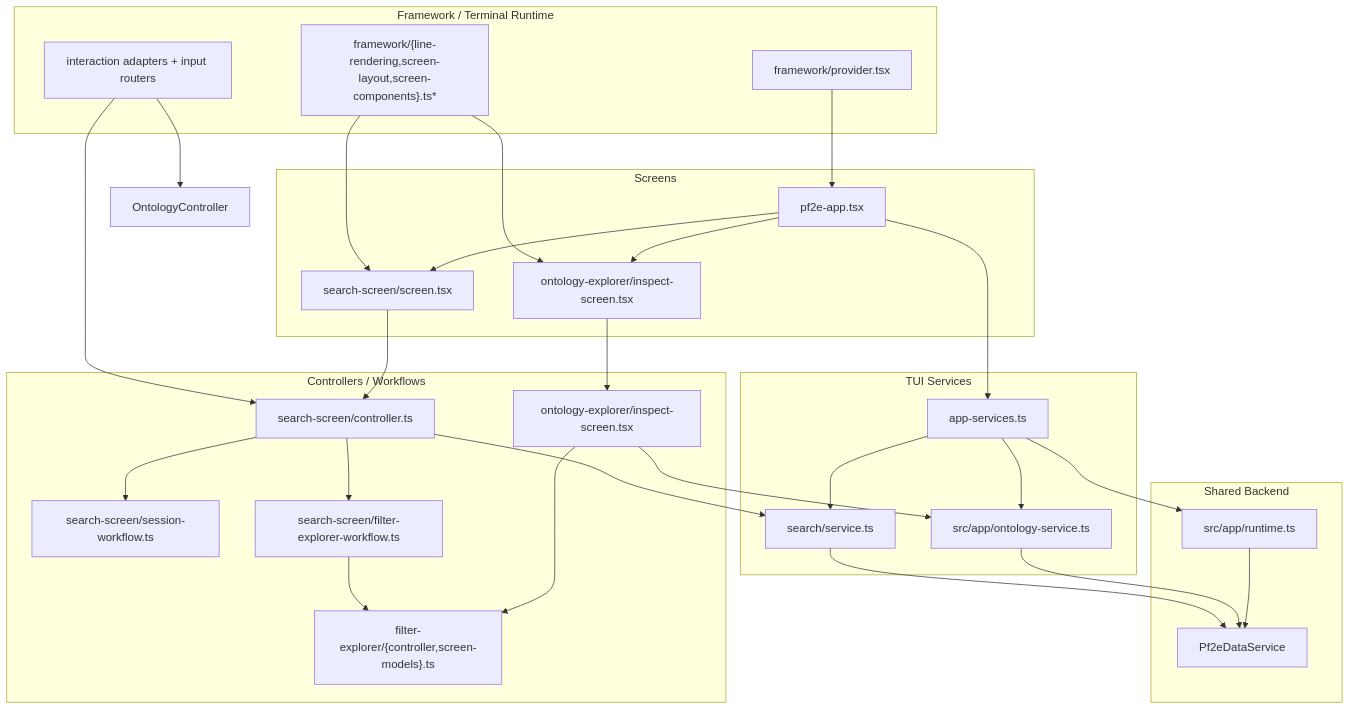
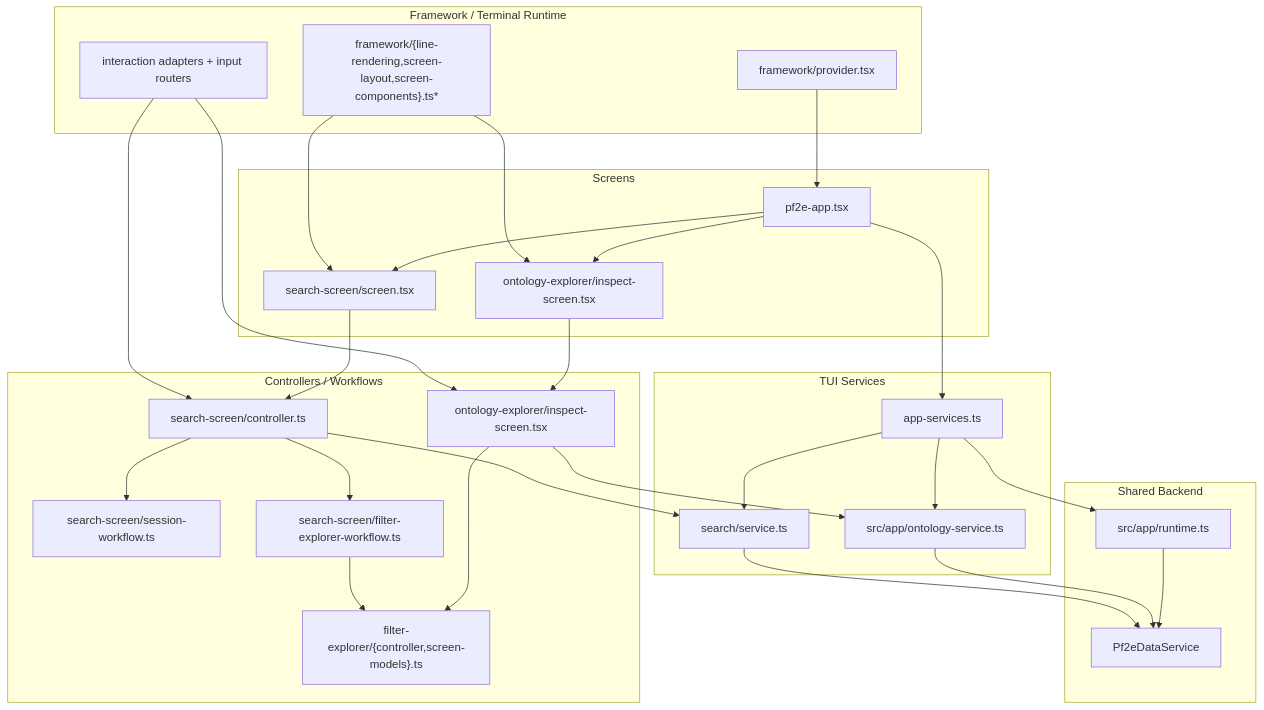
One commit to e-kosten/pf2e-atlas changed the sixth of 6 diagrams in docs/architecture/tui.md. Above: the diagram before and after it, drawn with Mermaid. The commit also changed other lines of this file, not shown here.

Commit message:
docs(architecture): fix TUI diagram rendering

````diff
--- a/docs/architecture/tui.md
+++ b/docs/architecture/tui.md
@@ -551,60 +551,60 @@
 ```mermaid
 flowchart TD
   subgraph Framework["Framework / Terminal Runtime"]
-    Provider["`framework/provider.tsx`"]
-    Rendering["`framework/{line-rendering,screen-layout,screen-components}.ts*`"]
+    Provider["framework/provider.tsx"]
+    Rendering["framework/{line-rendering,screen-layout,screen-components}.ts*"]
     Input["interaction adapters + input routers"]
   end
 
   subgraph Screens["Screens"]
-    App["`pf2e-app.tsx`"]
-    SearchScreen["`search-screen/screen.tsx`"]
-    OntologyScreen["`ontology-explorer/inspect-screen.tsx`"]
+    App["pf2e-app.tsx"]
+    SearchScreen["search-screen/screen.tsx"]
+    OntologyScreen["ontology-explorer/inspect-screen.tsx"]
   end
 
   subgraph Controllers["Controllers / Workflows"]
-    SearchController["`search-screen/controller.ts`"]
-    SearchWorkflow["`search-screen/session-workflow.ts`"]
-    FilterExplorerWorkflow["`search-screen/filter-explorer-workflow.ts`"]
-    FilterExplorer["`filter-explorer/{controller,screen-models}.ts`"]
-    OntologyHost["`ontology-explorer/inspect-screen.tsx`"]
+    SearchController["search-screen/controller.ts"]
+    SearchWorkflow["search-screen/session-workflow.ts"]
+    FilterExplorerWorkflow["search-screen/filter-explorer-workflow.ts"]
+    FilterExplorer["filter-explorer/{controller,screen-models}.ts"]
+    OntologyHost["ontology-explorer/inspect-screen.tsx"]
   end
 
   subgraph Services["TUI Services"]
-    AppServices["`app-services.ts`"]
-    SearchService["`search/service.ts`"]
-    OntologyService["`src/app/ontology-service.ts`"]
+    AppServices["app-services.ts"]
+    SearchService["search/service.ts"]
+    OntologyService["src/app/ontology-service.ts"]
   end
 
   subgraph Backend["Shared Backend"]
-    Runtime["`src/app/runtime.ts`"]
-    Data["`Pf2eDataService`"]
+    Runtime["src/app/runtime.ts"]
+    Data["Pf2eDataService"]
   end
 
   Provider --> App
   Rendering --> SearchScreen
   Rendering --> OntologyScreen
   Input --> SearchController
-  Input --> OntologyController
+  Input --> OntologyHost
 
   App --> SearchScreen
   App --> OntologyScreen
   App --> AppServices
 
   SearchScreen --> SearchController
   SearchController --> SearchWorkflow
   SearchController --> FilterExplorerWorkflow
   FilterExplorerWorkflow --> FilterExplorer
   SearchController --> SearchService
 
   OntologyScreen --> OntologyHost
   OntologyHost --> FilterExplorer
   OntologyHost --> OntologyService
 
   AppServices --> SearchService
   AppServices --> OntologyService
   AppServices --> Runtime
   SearchService --> Data
   OntologyService --> Data
   Runtime --> Data
 ```
````
